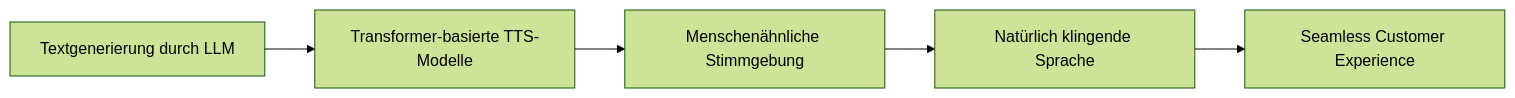
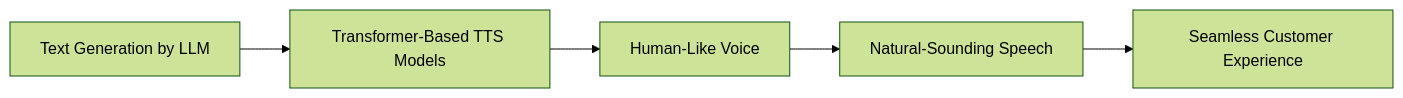
One commit to bekgroup/Famulor-docs-de changed the second of 3 diagrams in en/resources/whitepaper-ki-telefonie-zukunft.mdx. Above: the diagram before and after it, drawn with Mermaid (forest theme). The commit also changed other lines of this file and 11 other files, not shown here.

````diff
--- a/en/resources/whitepaper-ki-telefonie-zukunft.mdx
+++ b/en/resources/whitepaper-ki-telefonie-zukunft.mdx
@@ -118,7 +118,7 @@
 ```mermaid
 graph LR
-    A[Textgenerierung durch LLM] --> B[Transformer-basierte TTS-Modelle]
-    B --> C[Menschenähnliche Stimmgebung]
-    C --> D[Natürlich klingende Sprache]
+    A[Text Generation by LLM] --> B[Transformer-Based TTS Models]
+    B --> C[Human-Like Voice]
+    C --> D[Natural-Sounding Speech]
     D --> E[Seamless Customer Experience]
 ```
````
